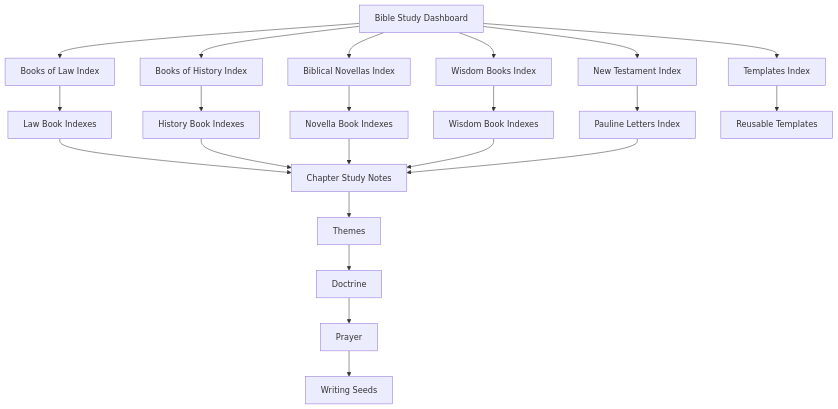
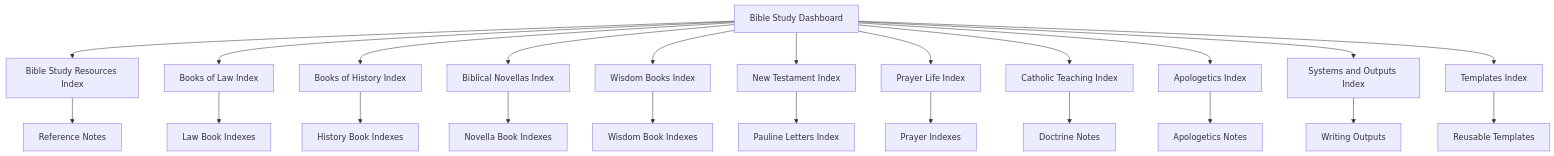
The sixth of 7 diagrams in README.md (gah-code/obsidian-sacred-study-system), drawn with Mermaid before and after one commit. The commit also changed other lines of this file and 2 other files, not shown here.

Commit message:
Updated naming conventions and maintenance rules, phases through 3E, Mermaid flowcharts, known gaps, prayer note, DI, indexes, and more

````diff
--- a/README.md
+++ b/README.md
@@ -211,27 +306,28 @@
 ```mermaid
-graph TD
-  dashboard[Bible Study Dashboard] --> law_index[Books of Law Index]
-  dashboard --> history_index[Books of History Index]
-  dashboard --> novellas_index[Biblical Novellas Index]
-  dashboard --> wisdom_index[Wisdom Books Index]
-  dashboard --> new_testament_index[New Testament Index]
-  dashboard --> templates_index[Templates Index]
+flowchart TD
+  dashboard["Bible Study Dashboard"] --> bible_resources_index["Bible Study Resources Index"]
+  dashboard --> law_index["Books of Law Index"]
+  dashboard --> history_index["Books of History Index"]
+  dashboard --> novellas_index["Biblical Novellas Index"]
+  dashboard --> wisdom_index["Wisdom Books Index"]
+  dashboard --> new_testament_index["New Testament Index"]
+  dashboard --> prayer_life_index["Prayer Life Index"]
+  dashboard --> catholic_teaching_index["Catholic Teaching Index"]
+  dashboard --> apologetics_index["Apologetics Index"]
+  dashboard --> outputs_index["Systems and Outputs Index"]
+  dashboard --> templates_index["Templates Index"]
 
-  law_index --> law_books[Law Book Indexes]
-  history_index --> history_books[History Book Indexes]
-  novellas_index --> novella_books[Novella Book Indexes]
-  wisdom_index --> wisdom_books[Wisdom Book Indexes]
-  new_testament_index --> pauline_letters[Pauline Letters Index]
-  templates_index --> reusable_templates[Reusable Templates]
+  bible_resources_index --> study_resources["Reference Notes"]
+  law_index --> law_books["Law Book Indexes"]
+  history_index --> history_books["History Book Indexes"]
+  novellas_index --> novella_books["Novella Book Indexes"]
+  wisdom_index --> wisdom_books["Wisdom Book Indexes"]
+  new_testament_index --> pauline_letters["Pauline Letters Index"]
 
-  law_books --> chapter_notes[Chapter Study Notes]
-  history_books --> chapter_notes
-  novella_books --> chapter_notes
-  wisdom_books --> chapter_notes
-  pauline_letters --> chapter_notes
+  prayer_life_index --> prayer_indexes["Prayer Indexes"]
+  catholic_teaching_index --> doctrine_notes["Doctrine Notes"]
+  apologetics_index --> apologetics_notes["Apologetics Notes"]
+  outputs_index --> writing_outputs["Writing Outputs"]
 
-  chapter_notes --> themes[Themes]
-  themes --> doctrine[Doctrine]
-  doctrine --> prayer[Prayer]
-  prayer --> writing_seeds[Writing Seeds]
+  templates_index --> reusable_templates["Reusable Templates"]
 ```
````
